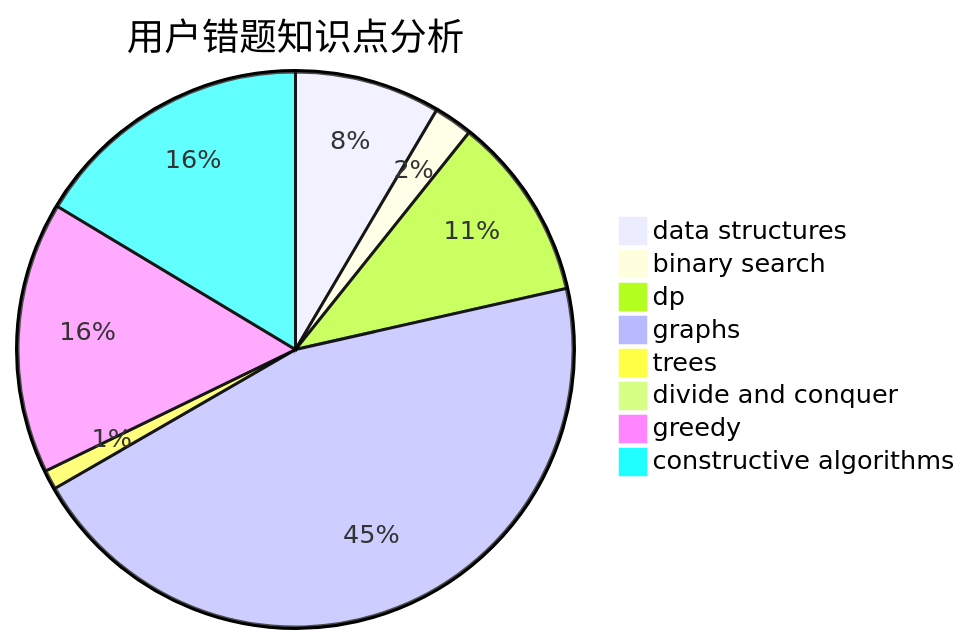
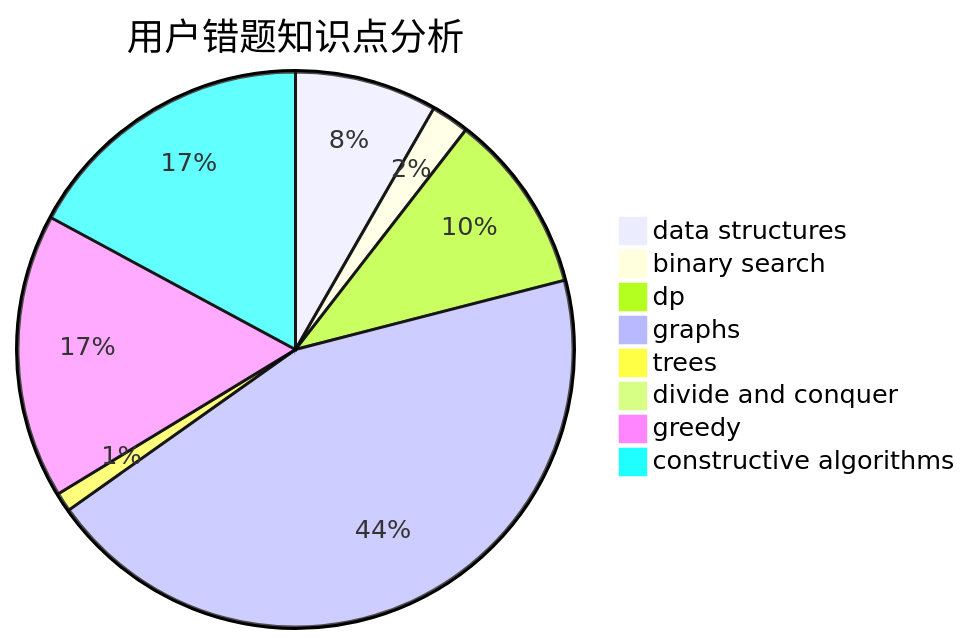
One commit to sherpahu/cfrs.github.io changed the third of 3 diagrams in docs/user/u1361.md. Above: the diagram before and after it, drawn with Mermaid. The commit also changed other lines of this file and 2770 other files, not shown here.

````diff
--- a/docs/user/u1361.md
+++ b/docs/user/u1361.md
@@ -36,11 +36,11 @@
 ```mermaid
 pie title 用户错题知识点分析
     "data structures" :  15
     "binary search" :  4
     "dp" :  19
     "graphs" :  80
     "trees" :  2
     "divide and conquer" :  0
-    "greedy" :  28
-    "constructive algorithms" :  29
+    "greedy" :  30
+    "constructive algorithms" :  31
 ```
````
